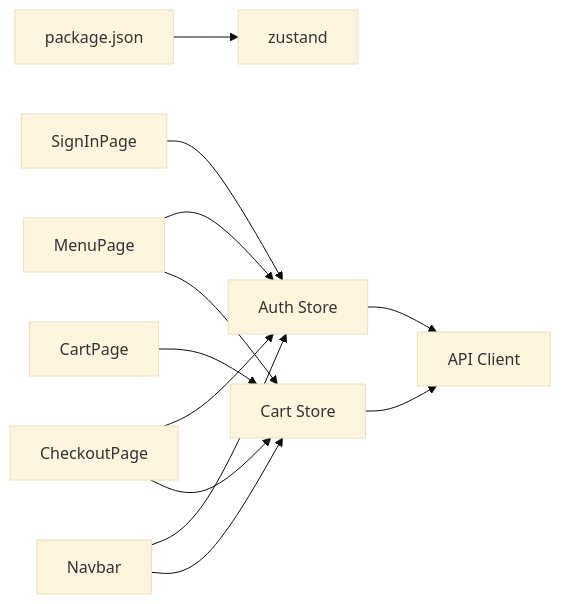
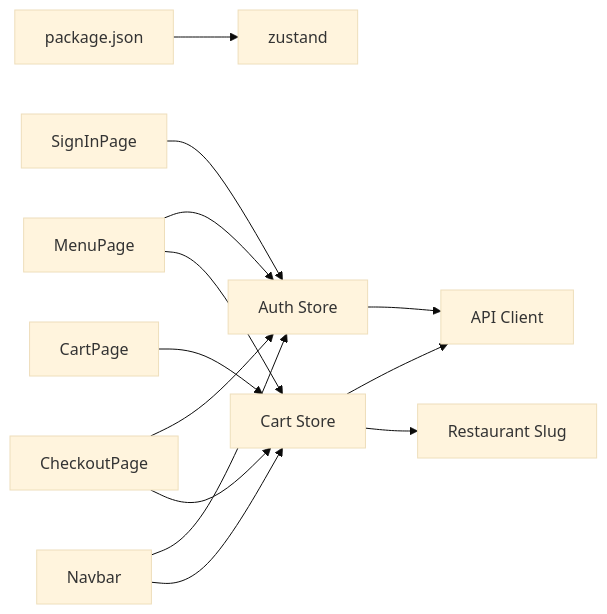
Before and after one commit to Dequeue-Tech/DeQ-Bite: the seventh of 7 diagrams in .qoder/repowiki/en/content/Frontend System/State Management.md, drawn with Mermaid (base theme). The commit also changed other lines of this file and 25 other files, not shown here.

````diff
--- a/.qoder/repowiki/en/content/Frontend System/State Management.md
+++ b/.qoder/repowiki/en/content/Frontend System/State Management.md
@@ -309,14 +432,15 @@
 ```mermaid
 graph LR
 Pkg["package.json"] --> Z["zustand"]
 Auth["Auth Store"] --> API["API Client"]
 Cart["Cart Store"] --> API
+Cart --> RS["Restaurant Slug"]
 UI1["SignInPage"] --> Auth
 UI2["CartPage"] --> Cart
 UI3["MenuPage"] --> Auth
 UI3 --> Cart
 UI4["CheckoutPage"] --> Auth
 UI4 --> Cart
 UI5["Navbar"] --> Auth
 UI5 --> Cart
 ```
````
